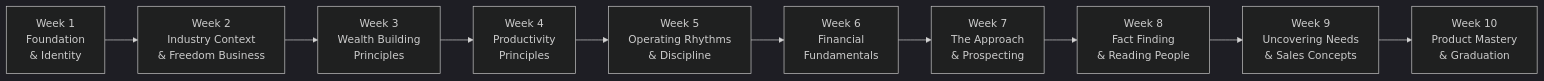
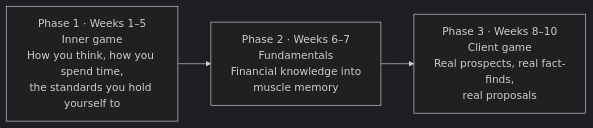
Before and after one commit to leotansingapore/aia-product-compass-hub: the second of 2 diagrams in docs/first-60-days/week-1/day-01.md, drawn with Mermaid (dark theme). The commit also changed other lines of this file, not shown here.

Commit message:
Day 1 now reads like ARCH 01 — Welcome, 3-pillar vision, philosophy, 4 values, three-phase journey, and the Reconnecting Exercise as first task. Less dense, advisor-first, no client-obsessed pillar

````diff
--- a/docs/first-60-days/week-1/day-01.md
+++ b/docs/first-60-days/week-1/day-01.md
@@ -31,12 +75,7 @@
 ```mermaid
 flowchart LR
-    W1[Week 1<br/>Foundation<br/>& Identity] --> W2[Week 2<br/>Industry Context<br/>& Freedom Business]
-    W2 --> W3[Week 3<br/>Wealth Building<br/>Principles]
-    W3 --> W4[Week 4<br/>Productivity<br/>Principles]
-    W4 --> W5[Week 5<br/>Operating Rhythms<br/>& Discipline]
-    W5 --> W6[Week 6<br/>Financial<br/>Fundamentals]
-    W6 --> W7[Week 7<br/>The Approach<br/>& Prospecting]
-    W7 --> W8[Week 8<br/>Fact Finding<br/>& Reading People]
-    W8 --> W9[Week 9<br/>Uncovering Needs<br/>& Sales Concepts]
-    W9 --> W10[Week 10<br/>Product Mastery<br/>& Graduation]
+    P1["Phase 1 · Weeks 1–5<br/>Inner game<br/>How you think, how you spend time,<br/>the standards you hold yourself to"]
+    P2["Phase 2 · Weeks 6–7<br/>Fundamentals<br/>Financial knowledge into<br/>muscle memory"]
+    P3["Phase 3 · Weeks 8–10<br/>Client game<br/>Real prospects, real fact-finds,<br/>real proposals"]
+    P1 --> P2 --> P3
 ```
````
